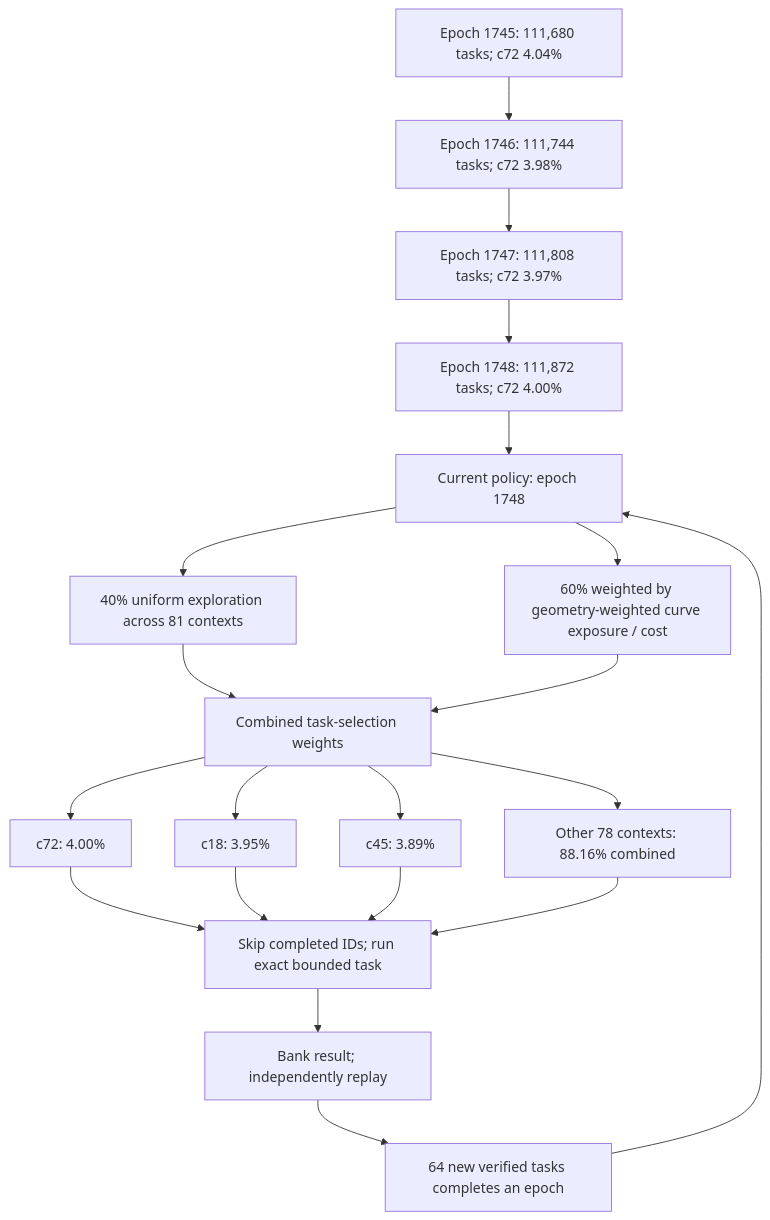
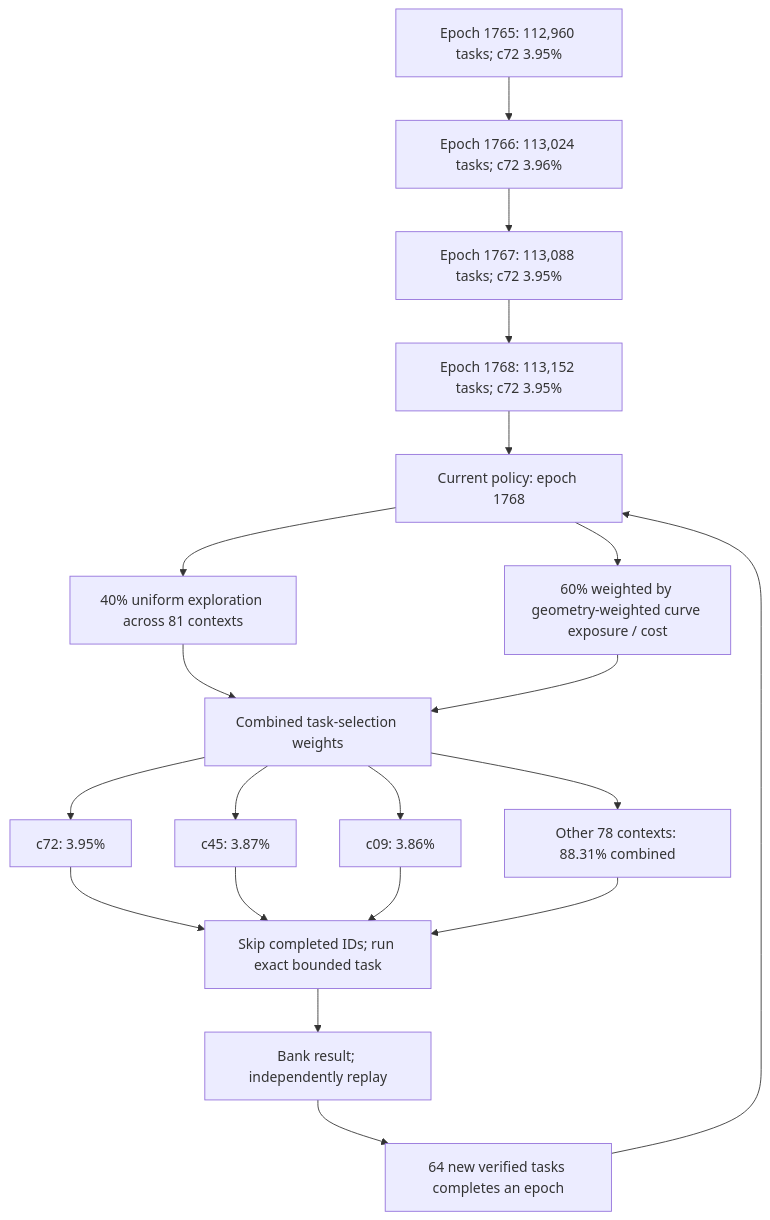
Before and after one commit to Kuberwastaken/math-gambling: the first of 3 diagrams in README.md, drawn with Mermaid. The commit also changed other lines of this file and 2618 other files, not shown here.

````diff
--- a/README.md
+++ b/README.md
@@ -56,27 +56,27 @@
 ```mermaid
 flowchart TD
-    H0["Epoch 1745: 111,680 tasks; c72 4.04%"]
-    H1["Epoch 1746: 111,744 tasks; c72 3.98%"]
+    H0["Epoch 1765: 112,960 tasks; c72 3.95%"]
+    H1["Epoch 1766: 113,024 tasks; c72 3.96%"]
     H0 --> H1
-    H2["Epoch 1747: 111,808 tasks; c72 3.97%"]
+    H2["Epoch 1767: 113,088 tasks; c72 3.95%"]
     H1 --> H2
-    H3["Epoch 1748: 111,872 tasks; c72 4.00%"]
+    H3["Epoch 1768: 113,152 tasks; c72 3.95%"]
     H2 --> H3
-    Policy["Current policy: epoch 1748"]
+    Policy["Current policy: epoch 1768"]
     H3 --> Policy
     Policy --> Explore["40% uniform exploration across 81 contexts"]
     Policy --> Cost["60% weighted by geometry-weighted curve exposure / cost"]
     Explore --> Mix["Combined task-selection weights"]
     Cost --> Mix
-    Mix --> C0["c72: 4.00%"]
-    Mix --> C1["c18: 3.95%"]
-    Mix --> C2["c45: 3.89%"]
-    Mix --> Rest["Other 78 contexts: 88.16% combined"]
+    Mix --> C0["c72: 3.95%"]
+    Mix --> C1["c45: 3.87%"]
+    Mix --> C2["c09: 3.86%"]
+    Mix --> Rest["Other 78 contexts: 88.31% combined"]
     C0 --> Check["Skip completed IDs; run exact bounded task"]
     C1 --> Check
     C2 --> Check
     Rest --> Check
     Check --> Replay["Bank result; independently replay"]
     Replay --> Gate["64 new verified tasks completes an epoch"]
     Gate --> Policy
 ```
````
